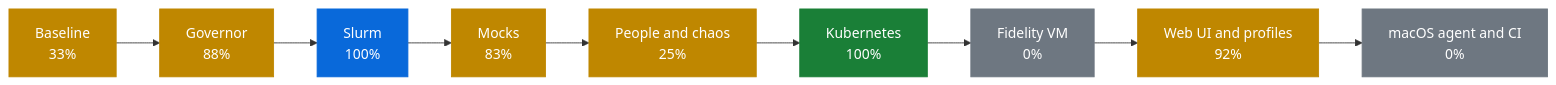
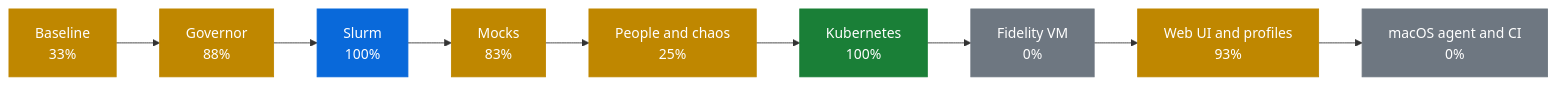
Before and after one commit to AhmedYousriSobhi/workbench: the first of 2 diagrams in docs/PROGRESS.md, drawn with Mermaid. The commit also changed other lines of this file and 10 other files, not shown here.

````diff
--- a/docs/PROGRESS.md
+++ b/docs/PROGRESS.md
@@ -10,17 +10,17 @@
 ```mermaid
 flowchart LR
     p0["Baseline<br/>33%"]:::partial
     p1["Governor<br/>88%"]:::partial
     p2["Slurm<br/>100%"]:::review
     p3["Mocks<br/>83%"]:::partial
     p4["People and chaos<br/>25%"]:::partial
     p5["Kubernetes<br/>100%"]:::done
     p6["Fidelity VM<br/>0%"]:::todo
-    p7["Web UI and profiles<br/>92%"]:::partial
+    p7["Web UI and profiles<br/>93%"]:::partial
     p8["macOS agent and CI<br/>0%"]:::todo
     p0 --> p1 --> p2 --> p3 --> p4 --> p5 --> p6 --> p7 --> p8
     classDef done fill:#1a7f37,stroke:#1a7f37,color:#fff
     classDef review fill:#0969da,stroke:#0969da,color:#fff
     classDef partial fill:#bf8700,stroke:#bf8700,color:#fff
     classDef todo fill:#6e7781,stroke:#6e7781,color:#fff
 ```
````
